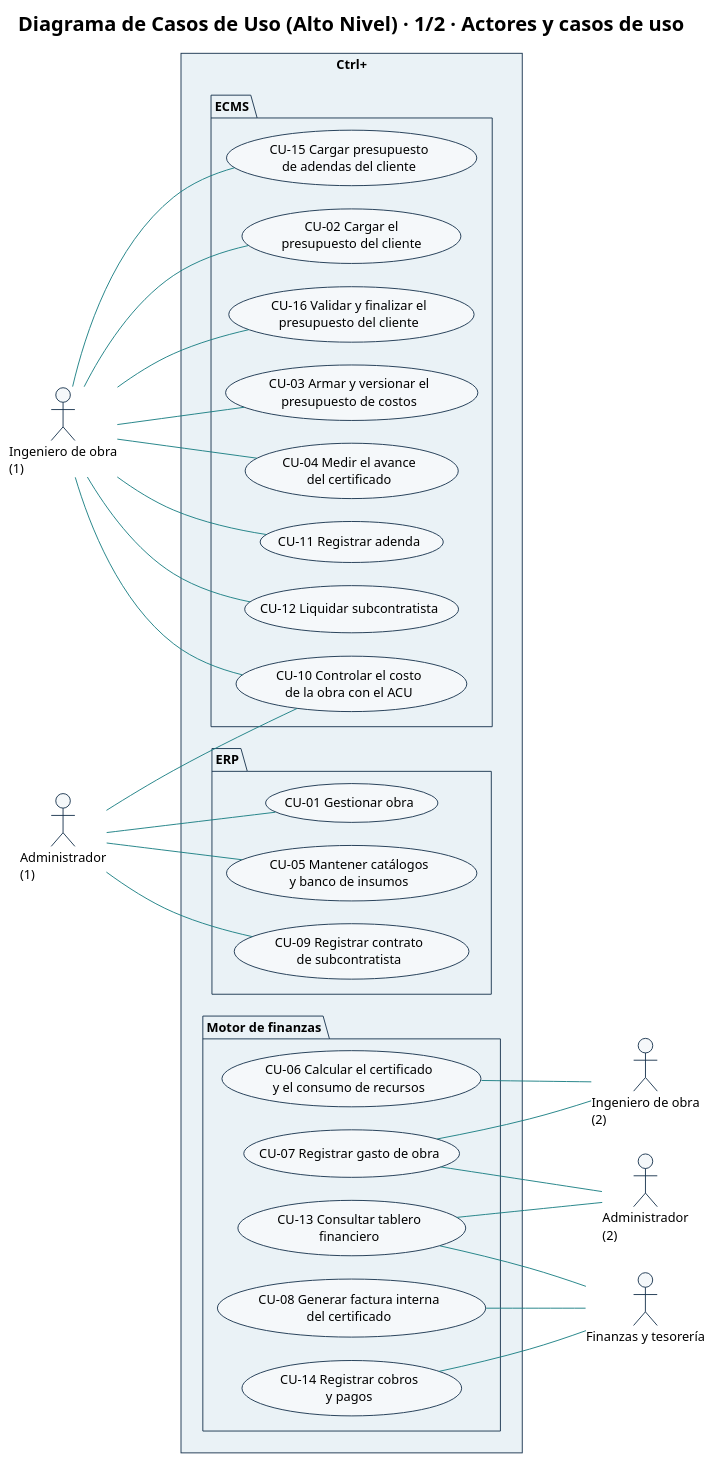
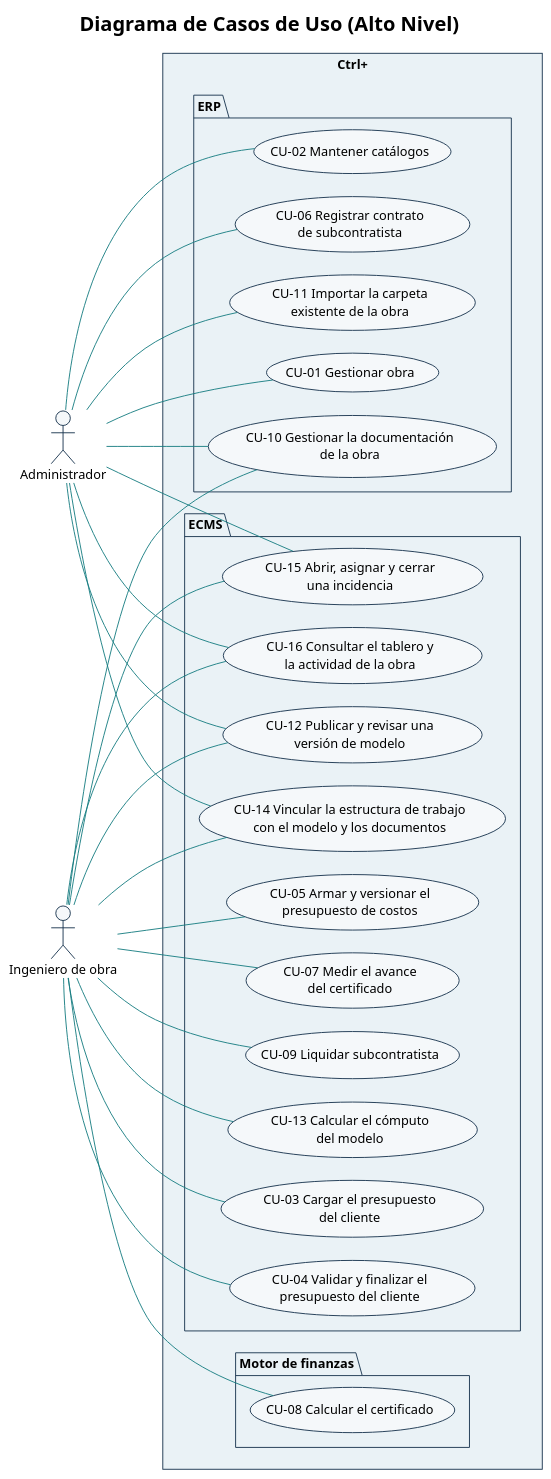
One commit to Ssrrb/tpf-uca changed the diagram in diagramas/CU-00-casos-de-uso-alto-nivel.puml. Above: the diagram before and after it, drawn with PlantUML. The commit also changed 8 other files, not shown here.

First line of the commit message:
Diagramas generales: alto nivel y refinados por proceso con dos actores, y generalización sin Finanzas y tesorería

```diff
--- a/diagramas/CU-00-casos-de-uso-alto-nivel.puml
+++ b/diagramas/CU-00-casos-de-uso-alto-nivel.puml
@@ -1,88 +1,80 @@
 @startuml
 !theme plain
 skinparam style strictuml
-title Diagrama de Casos de Uso (Alto Nivel) · 1/2 · Actores y casos de uso
+title Diagrama de Casos de Uso (Alto Nivel)
 skinparam shadowing false
 skinparam defaultFontName Arial
 skinparam defaultFontSize 14
 skinparam ArrowColor #167C80
 skinparam actor {
   BackgroundColor #F5F8FA
   BorderColor #17324D
 }
 skinparam usecase {
   BackgroundColor #F5F8FA
   BorderColor #17324D
 }
 skinparam rectangle {
   BackgroundColor #FFFFFF
   BorderColor #17324D
 }
 skinparam package {
   BackgroundColor #EAF2F6
   BorderColor #17324D
 }
 left to right direction
 skinparam nodesep 25
-skinparam ranksep 110
+skinparam ranksep 90
 
-actor "Ingeniero de obra\n(1)" as ING
-actor "Administrador\n(1)" as ADM
-actor "Ingeniero de obra\n(2)" as ING2
-actor "Administrador\n(2)" as ADM2
-actor "Finanzas y tesorería" as FIN
+actor "Administrador" as ADM
+actor "Ingeniero de obra" as ING
 
 rectangle "Ctrl+" {
   package "ERP" {
     usecase "CU-01 Gestionar obra" as CU01
-    usecase "CU-05 Mantener catálogos\ny banco de insumos" as CU05
-    usecase "CU-09 Registrar contrato\nde subcontratista" as CU09
+    usecase "CU-02 Mantener catálogos" as CU02
+    usecase "CU-06 Registrar contrato\nde subcontratista" as CU06
+    usecase "CU-10 Gestionar la documentación\nde la obra" as CU10
+    usecase "CU-11 Importar la carpeta\nexistente de la obra" as CU11
   }
   package "ECMS" {
-    usecase "CU-02 Cargar el\npresupuesto del cliente" as CU02
-    usecase "CU-16 Validar y finalizar el\npresupuesto del cliente" as CU16
-    usecase "CU-03 Armar y versionar el\npresupuesto de costos" as CU03
-    usecase "CU-04 Medir el avance\ndel certificado" as CU04
-    usecase "CU-10 Controlar el costo\nde la obra con el ACU" as CU10
-    usecase "CU-11 Registrar adenda" as CU11
-    usecase "CU-12 Liquidar subcontratista" as CU12
-    usecase "CU-15 Cargar presupuesto\nde adendas del cliente" as CU15
+    usecase "CU-03 Cargar el presupuesto\ndel cliente" as CU03
+    usecase "CU-04 Validar y finalizar el\npresupuesto del cliente" as CU04
+    usecase "CU-05 Armar y versionar el\npresupuesto de costos" as CU05
+    usecase "CU-07 Medir el avance\ndel certificado" as CU07
+    usecase "CU-09 Liquidar subcontratista" as CU09
+    usecase "CU-12 Publicar y revisar una\nversión de modelo" as CU12
+    usecase "CU-13 Calcular el cómputo\ndel modelo" as CU13
+    usecase "CU-14 Vincular la estructura de trabajo\ncon el modelo y los documentos" as CU14
+    usecase "CU-15 Abrir, asignar y cerrar\nuna incidencia" as CU15
+    usecase "CU-16 Consultar el tablero y\nla actividad de la obra" as CU16
   }
   package "Motor de finanzas" {
-    usecase "CU-06 Calcular el certificado\ny el consumo de recursos" as CU06
-    usecase "CU-07 Registrar gasto de obra" as CU07
-    usecase "CU-08 Generar factura interna\ndel certificado" as CU08
-    usecase "CU-13 Consultar tablero\nfinanciero" as CU13
-    usecase "CU-14 Registrar cobros\ny pagos" as CU14
+    usecase "CU-08 Calcular el certificado" as CU08
   }
 }
 
-' Los actores (1) quedan a la izquierda y los (2) a la derecha,
-' junto a los CU que usan, para que ninguna asociación cruce el diagrama.
-' Ingeniero de obra (1): CU del ECMS que quedan a la izquierda
-ING -- CU02
+ADM -- CU01
+ADM -- CU02
+ADM -- CU06
+ADM -- CU10
+ADM -- CU11
+ADM -- CU12
+ADM -- CU14
+ADM -- CU15
+ADM -- CU16
+
+ING -- CU03
+ING -- CU04
+ING -- CU05
+ING -- CU07
+ING -- CU08
+ING -- CU09
+ING -- CU10
+ING -- CU12
+ING -- CU13
+ING -- CU14
+ING -- CU15
 ING -- CU16
-ING -- CU15
-ING -- CU11
-ING -- CU04
-ING -- CU12
-ING -- CU03
-ING -- CU10
-
-' Administrador (1): ERP y control de costos
-ADM -- CU10
-ADM -- CU01
-ADM -- CU05
-ADM -- CU09
-
-' Ingeniero de obra (2), Administrador (2) y Finanzas y tesorería: a la derecha
-
-CU06 -- ING2
-CU07 -- ING2
-CU07 -- ADM2
-CU13 -- ADM2
-CU13 -- FIN
-CU08 -- FIN
-CU14 -- FIN
 
 @enduml
```
